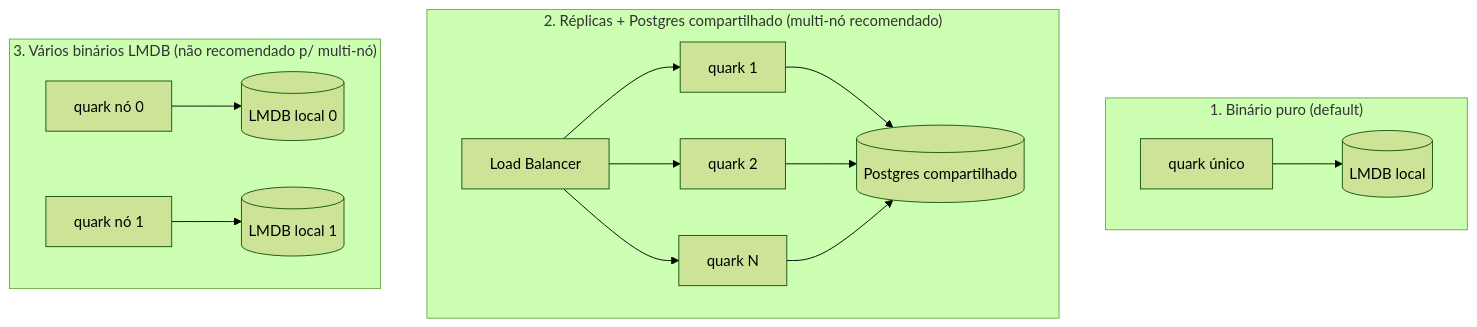
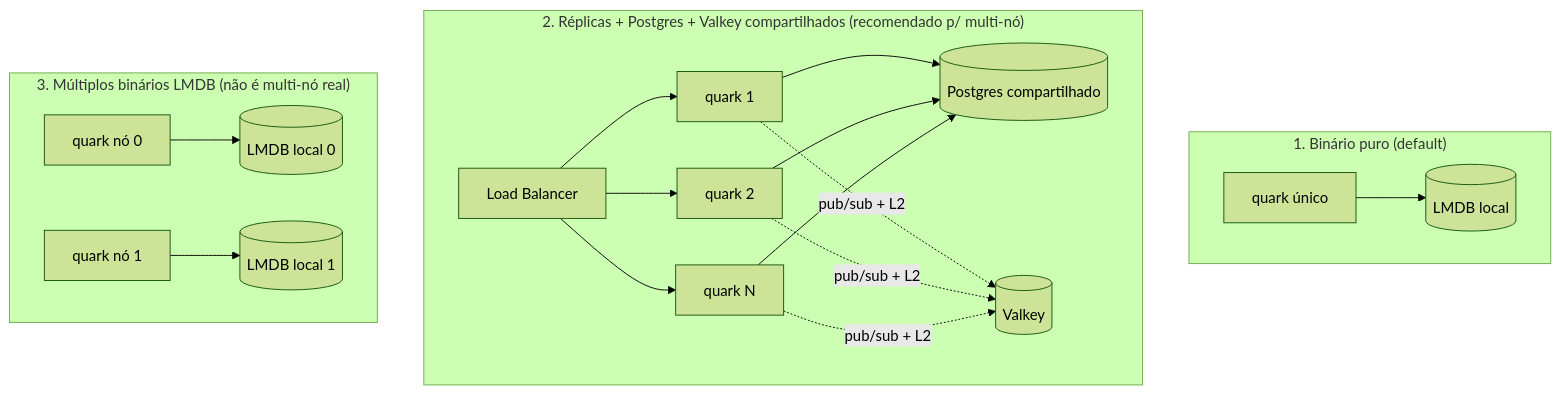
The diagram in docs/SCALING.PT_BR.md (lucasolopes/quark), drawn with Mermaid (forest theme) before and after one commit. The commit also changed other lines of this file and 1 other file, not shown here.

````diff
--- a/docs/SCALING.PT_BR.md
+++ b/docs/SCALING.PT_BR.md
@@ -10,18 +13,21 @@
 ```mermaid
 flowchart TB
     subgraph F1["1. Binário puro (default)"]
         A1[quark único] --> L1[(LMDB local)]
     end
-    subgraph F2["2. Réplicas + Postgres compartilhado (multi-nó recomendado)"]
+    subgraph F2["2. Réplicas + Postgres + Valkey compartilhados (recomendado p/ multi-nó)"]
         LB[Load Balancer] --> R1[quark 1]
         LB --> R2[quark 2]
         LB --> R3[quark N]
         R1 --> PG[(Postgres compartilhado)]
         R2 --> PG
         R3 --> PG
+        R1 -.pub/sub + L2.-> VK[(Valkey)]
+        R2 -.pub/sub + L2.-> VK
+        R3 -.pub/sub + L2.-> VK
     end
-    subgraph F3["3. Vários binários LMDB (não recomendado p/ multi-nó)"]
+    subgraph F3["3. Múltiplos binários LMDB (não é multi-nó real)"]
         N1[quark nó 0] --> D1[(LMDB local 0)]
         N2[quark nó 1] --> D2[(LMDB local 1)]
     end
 ```
````
